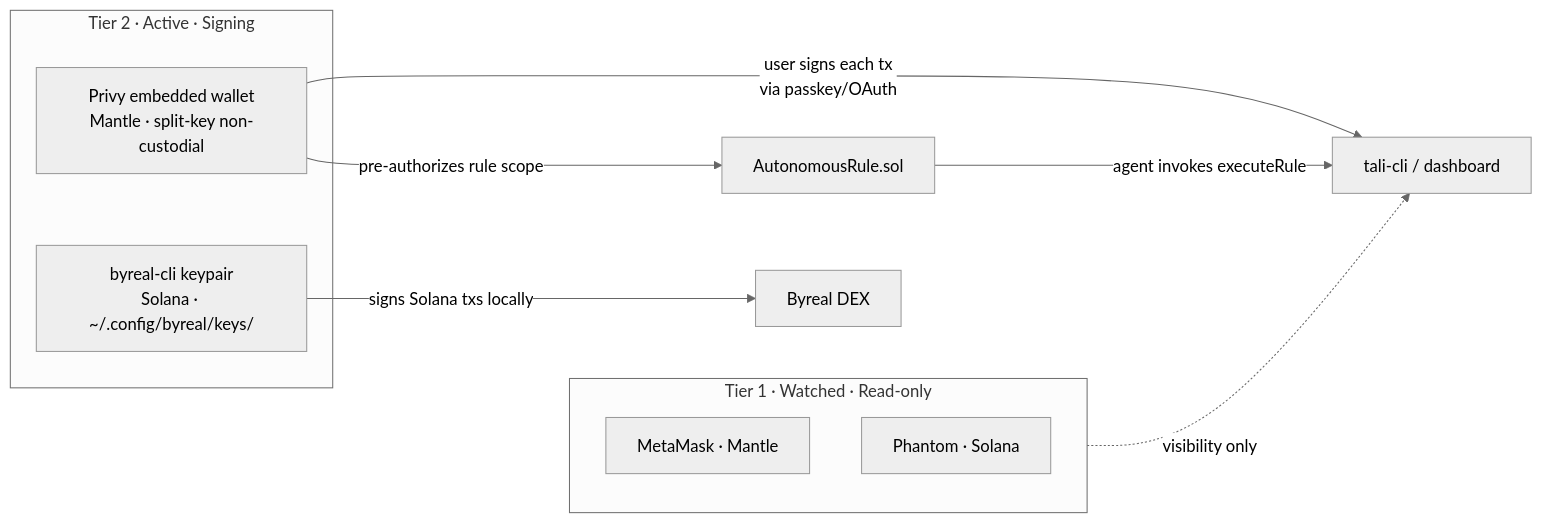
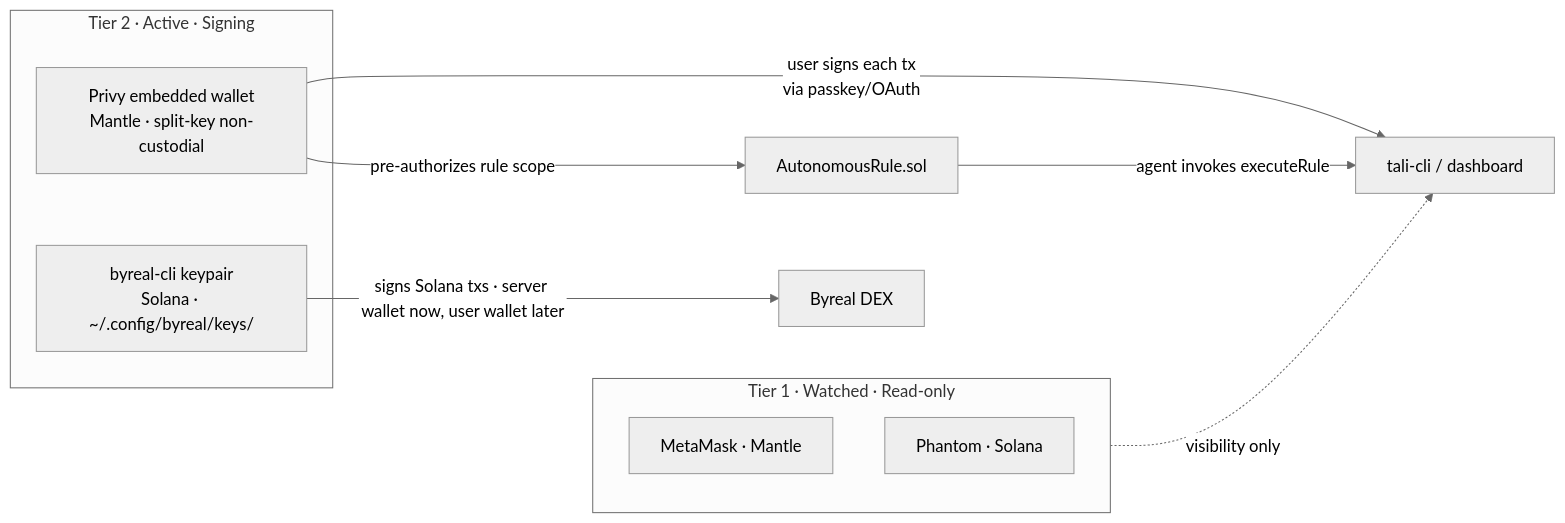
The second of 3 diagrams in docs/architecture.md (aliyanamu/tali), drawn with Mermaid (neutral theme) before and after one commit. The commit also changed other lines of this file and 7 other files, not shown here.

````diff
--- a/docs/architecture.md
+++ b/docs/architecture.md
@@ -74,18 +74,18 @@
 ```mermaid
 graph LR
     subgraph Tier1[Tier 1 · Watched · Read-only]
         MM[MetaMask · Mantle]
         PH[Phantom · Solana]
     end
 
     subgraph Tier2[Tier 2 · Active · Signing]
         PV[Privy embedded wallet<br/>Mantle · split-key non-custodial]
         BYR[byreal-cli keypair<br/>Solana · ~/.config/byreal/keys/]
     end
 
     Tier1 -.->|visibility only| DASH[tali-cli / dashboard]
     PV -->|user signs each tx<br/>via passkey/OAuth| DASH
     PV -->|pre-authorizes rule scope| AR[AutonomousRule.sol]
     AR -->|agent invokes executeRule| DASH
-    BYR -->|signs Solana txs locally| DEX[Byreal DEX]
+    BYR -->|signs Solana txs · server wallet now, user wallet later| DEX[Byreal DEX]
 ```
````
